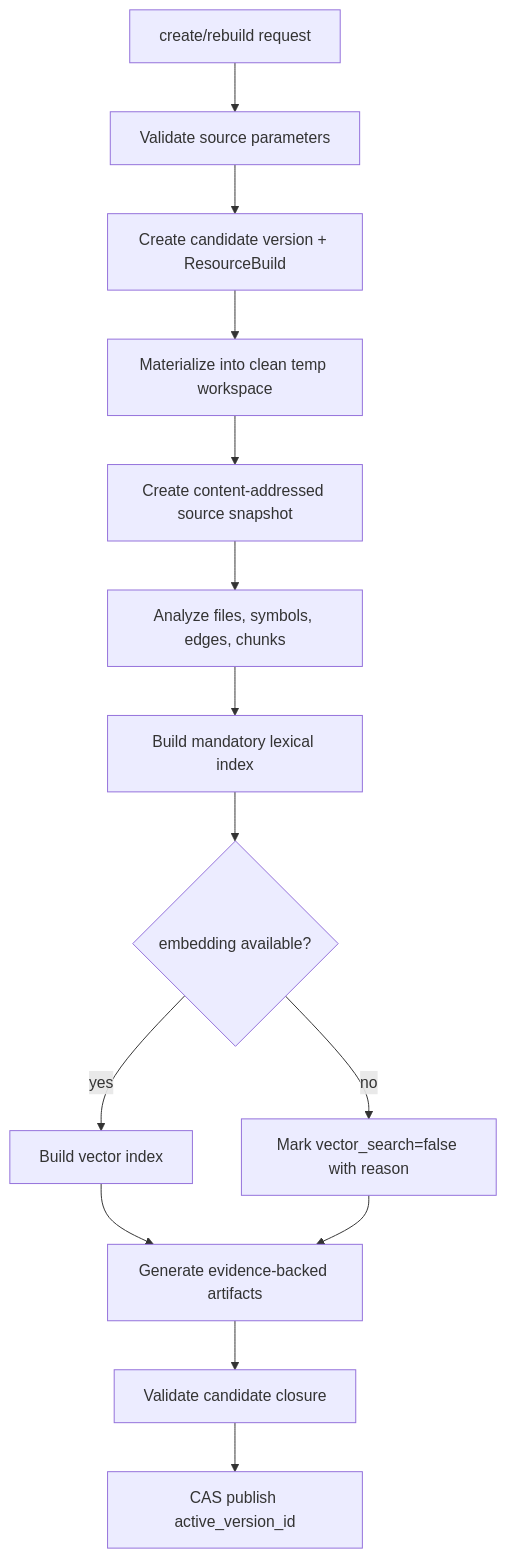
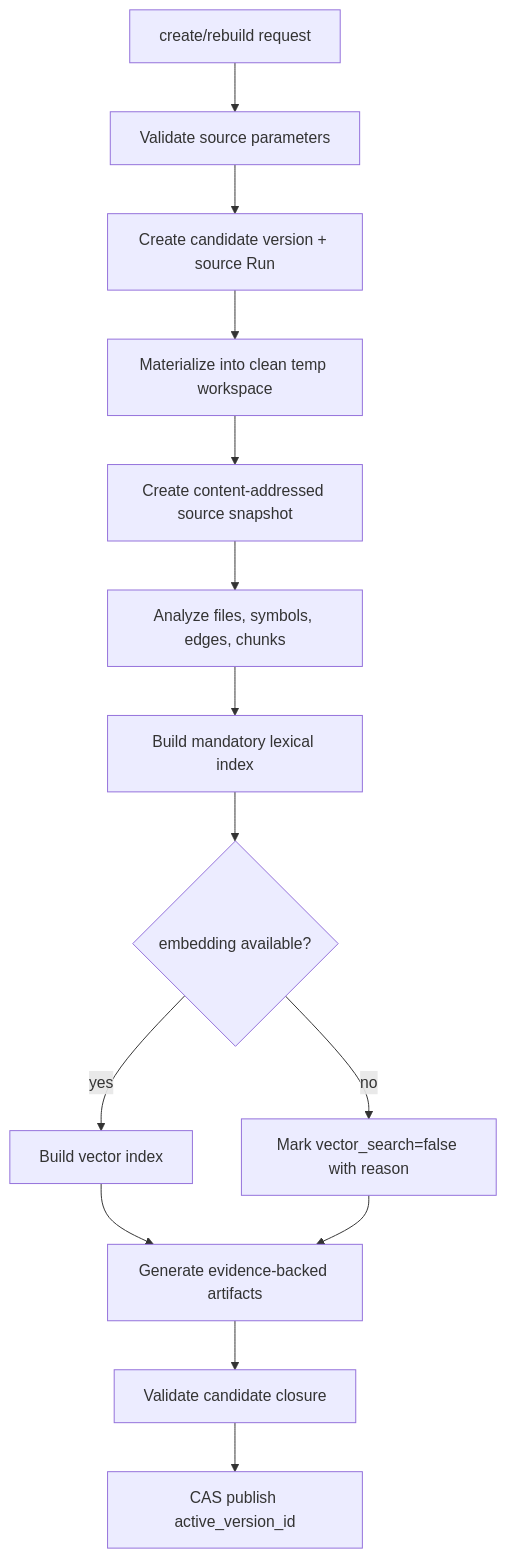
Before and after one commit to OceaLong/opencitadel: the diagram in docs/architecture/codebase-reindex.md, drawn with Mermaid. The commit also changed other lines of this file and 1646 other files, not shown here.

First line of the commit message:
feat(database): initialize database schema and refactor environment configurations

````diff
--- a/docs/architecture/codebase-reindex.md
+++ b/docs/architecture/codebase-reindex.md
@@ -31,16 +30,16 @@
 ```mermaid
 flowchart TD
   Request["create/rebuild request"] --> Validate["Validate source parameters"]
-  Validate --> Candidate["Create candidate version + ResourceBuild"]
+  Validate --> Candidate["Create candidate version + source Run"]
   Candidate --> Materialize["Materialize into clean temp workspace"]
   Materialize --> Snapshot["Create content-addressed source snapshot"]
   Snapshot --> Analyze["Analyze files, symbols, edges, chunks"]
   Analyze --> Lexical["Build mandatory lexical index"]
   Lexical --> Vector{"embedding available?"}
   Vector -->|"yes"| Hybrid["Build vector index"]
   Vector -->|"no"| Degraded["Mark vector_search=false with reason"]
   Hybrid --> Artifacts["Generate evidence-backed artifacts"]
   Degraded --> Artifacts
   Artifacts --> ValidateClosure["Validate candidate closure"]
   ValidateClosure --> Publish["CAS publish active_version_id"]
 ```
````
